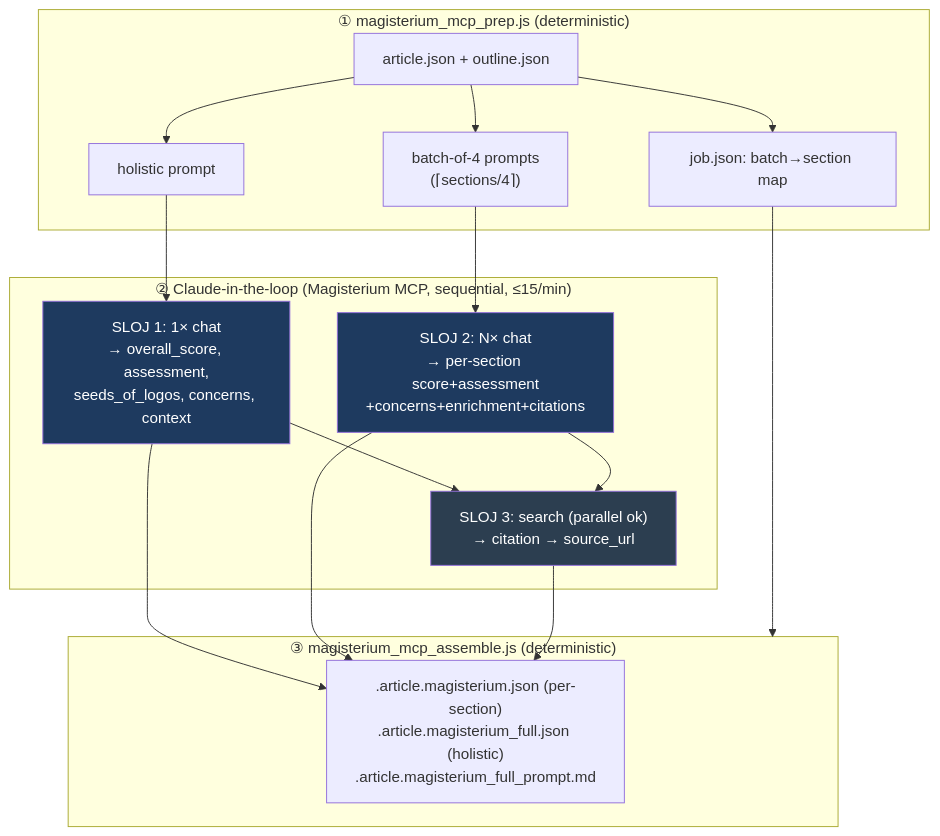
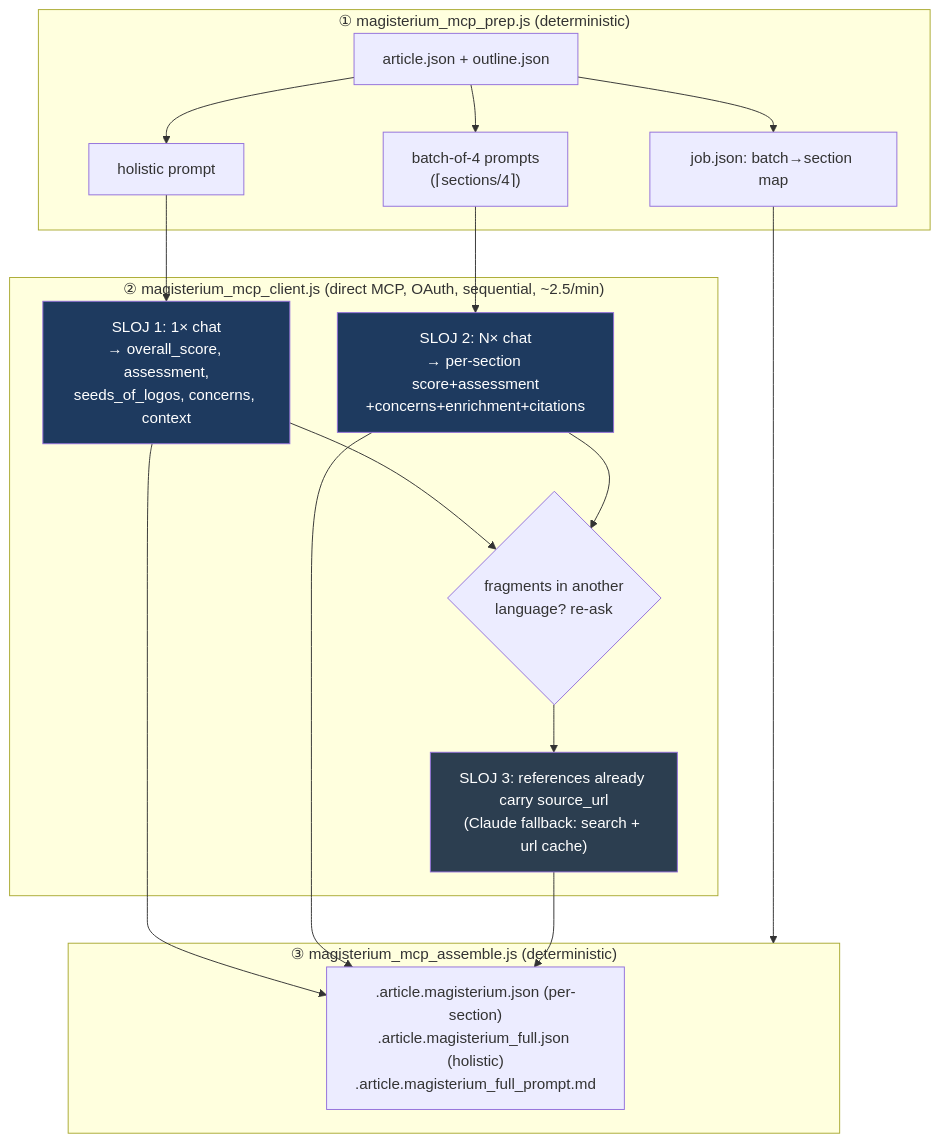
One commit to domovinatv/fetch.domovina.tv changed the third of 4 diagrams in docs/magisterium_ai_integration.md. Above: the diagram before and after it, drawn with Mermaid. The commit also changed other lines of this file and 6 other files, not shown here.

First line of the commit message:
docs(pipeline): mermaid dijagrami usklađeni sa stanjem od 24.10.

````diff
--- a/docs/magisterium_ai_integration.md
+++ b/docs/magisterium_ai_integration.md
@@ -81,26 +87,27 @@
 ```mermaid
 flowchart TD
   subgraph PREP["① magisterium_mcp_prep.js (deterministic)"]
     AJ[article.json + outline.json] --> HP[holistic prompt]
     AJ --> BP["batch-of-4 prompts<br/>(⌈sections/4⌉)"]
     AJ --> JOB[job.json: batch→section map]
   end
 
-  subgraph MCP["② Claude-in-the-loop (Magisterium MCP, sequential, ≤15/min)"]
+  subgraph MCP["② magisterium_mcp_client.js (direct MCP, OAuth, sequential, ~2.5/min)"]
     HP --> L1["SLOJ 1: 1× chat<br/>→ overall_score, assessment,<br/>seeds_of_logos, concerns, context"]
     BP --> L2["SLOJ 2: N× chat<br/>→ per-section score+assessment<br/>+concerns+enrichment+citations"]
-    L1 --> L3["SLOJ 3: search (parallel ok)<br/>→ citation → source_url"]
-    L2 --> L3
+    L1 --> LR{"fragments in another<br/>language? re-ask"}
+    L2 --> LR
+    LR --> L3["SLOJ 3: references already carry source_url<br/>(Claude fallback: search + url cache)"]
   end
 
   subgraph ASM["③ magisterium_mcp_assemble.js (deterministic)"]
     L1 --> OUT
     L2 --> OUT
     L3 --> OUT[".article.magisterium.json (per-section)<br/>.article.magisterium_full.json (holistic)<br/>.article.magisterium_full_prompt.md"]
   end
 
   JOB --> ASM
   style L1 fill:#1e3a5f,color:#fff
   style L2 fill:#1e3a5f,color:#fff
   style L3 fill:#2c3e50,color:#fff
 ```
````
